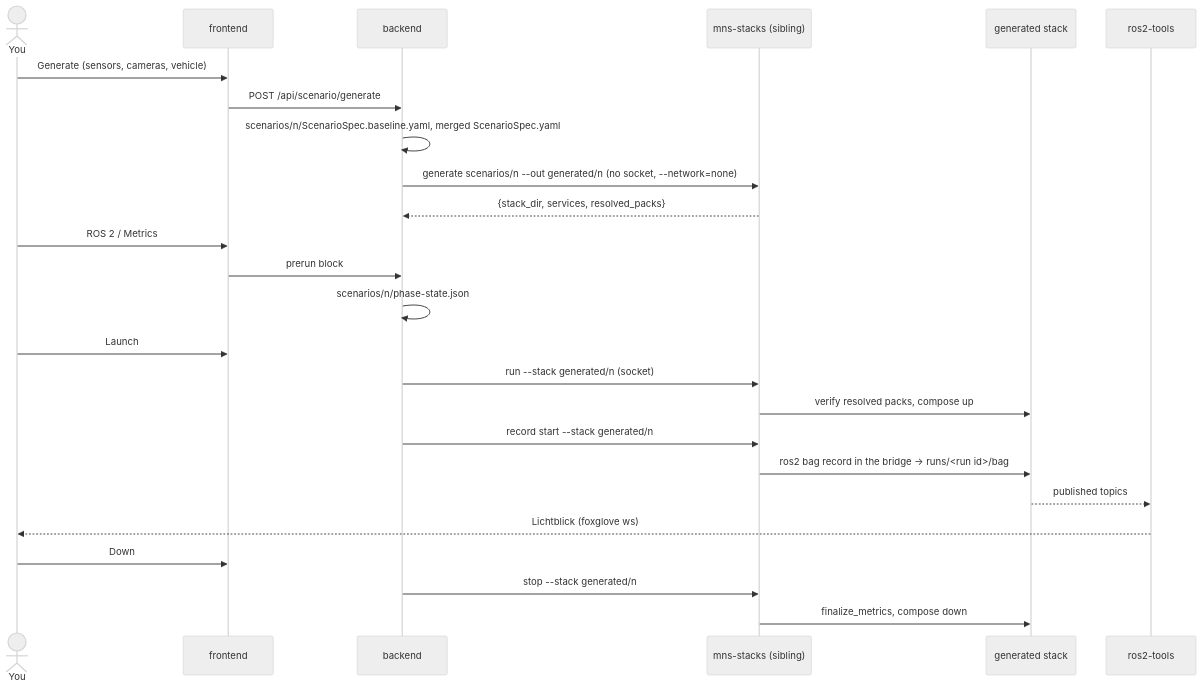
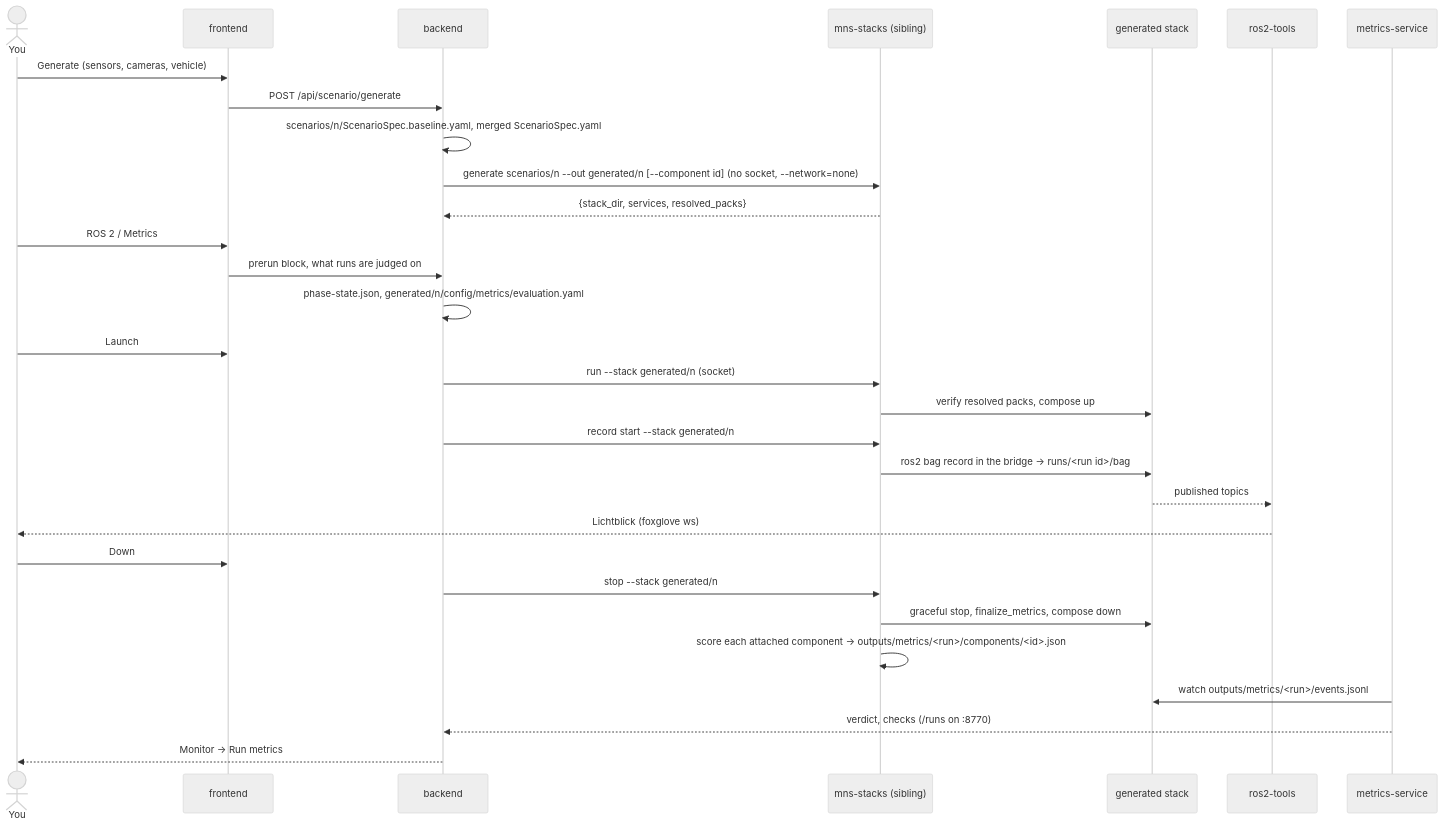
The second of 3 diagrams in docs/how-it-fits-together.md (DinoHub/M-S-Simulation-Runtime-Stack), drawn with Mermaid (neutral theme) before and after one commit. The commit also changed other lines of this file and 10 other files, not shown here.

````diff
--- a/docs/how-it-fits-together.md
+++ b/docs/how-it-fits-together.md
@@ -125,27 +145,32 @@
 ```mermaid
 sequenceDiagram
   actor You
   participant FE as frontend
   participant BE as backend
   participant MS as mns-stacks (sibling)
   participant ST as generated stack
   participant RT as ros2-tools
+  participant MX as metrics-service
   You->>FE: Generate (sensors, cameras, vehicle)
   FE->>BE: POST /api/scenario/generate
   BE->>BE: scenarios/n/ScenarioSpec.baseline.yaml, merged ScenarioSpec.yaml
-  BE->>MS: generate scenarios/n --out generated/n (no socket, --network=none)
+  BE->>MS: generate scenarios/n --out generated/n [--component id] (no socket, --network=none)
   MS-->>BE: {stack_dir, services, resolved_packs}
   You->>FE: ROS 2 / Metrics
-  FE->>BE: prerun block
-  BE->>BE: scenarios/n/phase-state.json
+  FE->>BE: prerun block, what runs are judged on
+  BE->>BE: phase-state.json, generated/n/config/metrics/evaluation.yaml
   You->>FE: Launch
   BE->>MS: run --stack generated/n (socket)
   MS->>ST: verify resolved packs, compose up
   BE->>MS: record start --stack generated/n
   MS->>ST: ros2 bag record in the bridge -> runs/<run id>/bag
   ST-->>RT: published topics
   RT-->>You: Lichtblick (foxglove ws)
   You->>FE: Down
   BE->>MS: stop --stack generated/n
-  MS->>ST: finalize_metrics, compose down
+  MS->>ST: graceful stop, finalize_metrics, compose down
+  MS->>MS: score each attached component -> outputs/metrics/<run>/components/<id>.json
+  MX->>ST: watch outputs/metrics/<run>/events.jsonl
+  MX-->>BE: verdict, checks (/runs on :8770)
+  BE-->>You: Monitor -> Run metrics
 ```
````
